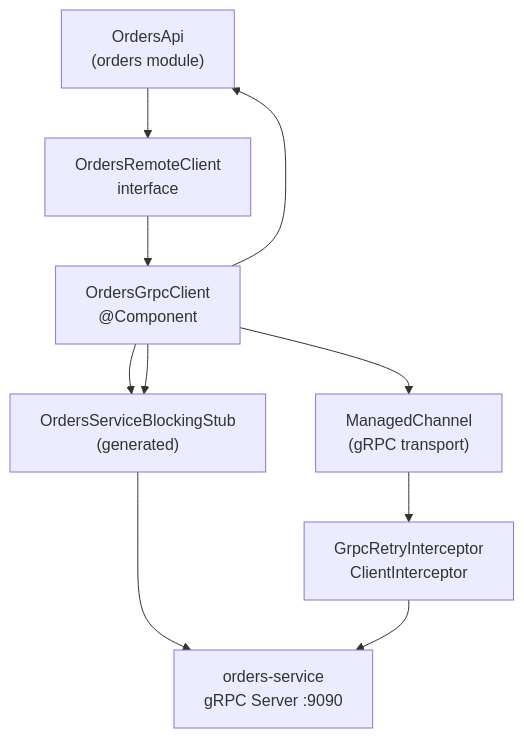
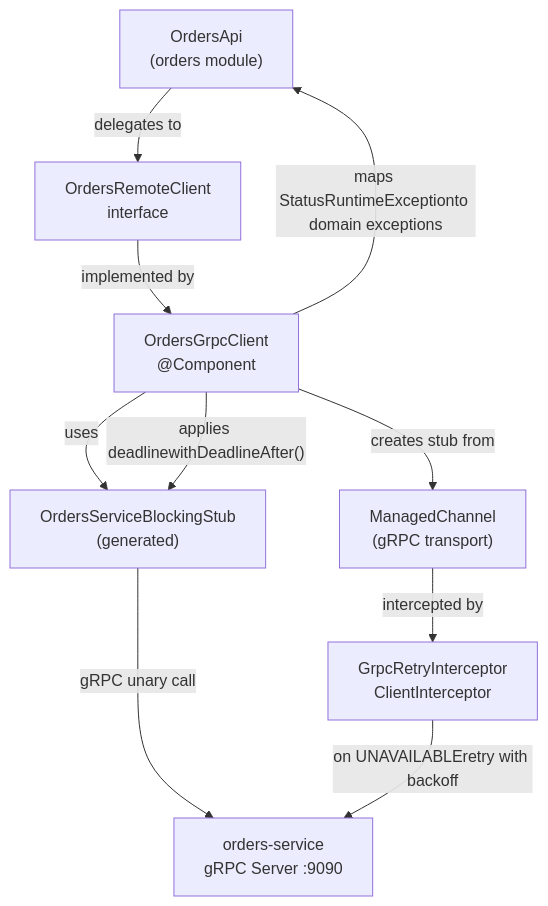
The first of 7 diagrams in docs/deepwiki/gRPC-Client-and-Retry-Logic.md (philipz/spring-modular-monolith), drawn with Mermaid before and after one commit. The commit also changed other lines of this file and 55 other files, not shown here.

````diff
--- a/docs/deepwiki/gRPC-Client-and-Retry-Logic.md
+++ b/docs/deepwiki/gRPC-Client-and-Retry-Logic.md
@@ -31,21 +31,21 @@
 ```mermaid
 flowchart TD
 
 OrdersApi["OrdersApi<br>(orders module)"]
 OrdersRemoteClient["OrdersRemoteClient<br>interface"]
 OrdersGrpcClient["OrdersGrpcClient<br>@Component"]
 GrpcRetryInterceptor["GrpcRetryInterceptor<br>ClientInterceptor"]
 ManagedChannel["ManagedChannel<br>(gRPC transport)"]
 OrdersServiceStub["OrdersServiceBlockingStub<br>(generated)"]
 OrdersService["orders-service<br>gRPC Server :9090"]
 
-OrdersApi --> OrdersRemoteClient
-OrdersRemoteClient --> OrdersGrpcClient
-OrdersGrpcClient --> ManagedChannel
-OrdersGrpcClient --> OrdersServiceStub
-OrdersGrpcClient --> OrdersServiceStub
-ManagedChannel --> GrpcRetryInterceptor
-OrdersServiceStub --> OrdersService
-GrpcRetryInterceptor --> OrdersService
-OrdersGrpcClient --> OrdersApi
+OrdersApi -->|"delegates to"| OrdersRemoteClient
+OrdersRemoteClient -->|"implemented by"| OrdersGrpcClient
+OrdersGrpcClient -->|"creates stub from"| ManagedChannel
+OrdersGrpcClient -->|"uses"| OrdersServiceStub
+OrdersGrpcClient -->|"applies deadlinewithDeadlineAfter()"| OrdersServiceStub
+ManagedChannel -->|"intercepted by"| GrpcRetryInterceptor
+OrdersServiceStub -->|"gRPC unary call"| OrdersService
+GrpcRetryInterceptor -->|"on UNAVAILABLEretry with backoff"| OrdersService
+OrdersGrpcClient -->|"maps StatusRuntimeExceptionto domain exceptions"| OrdersApi
 ```
````
